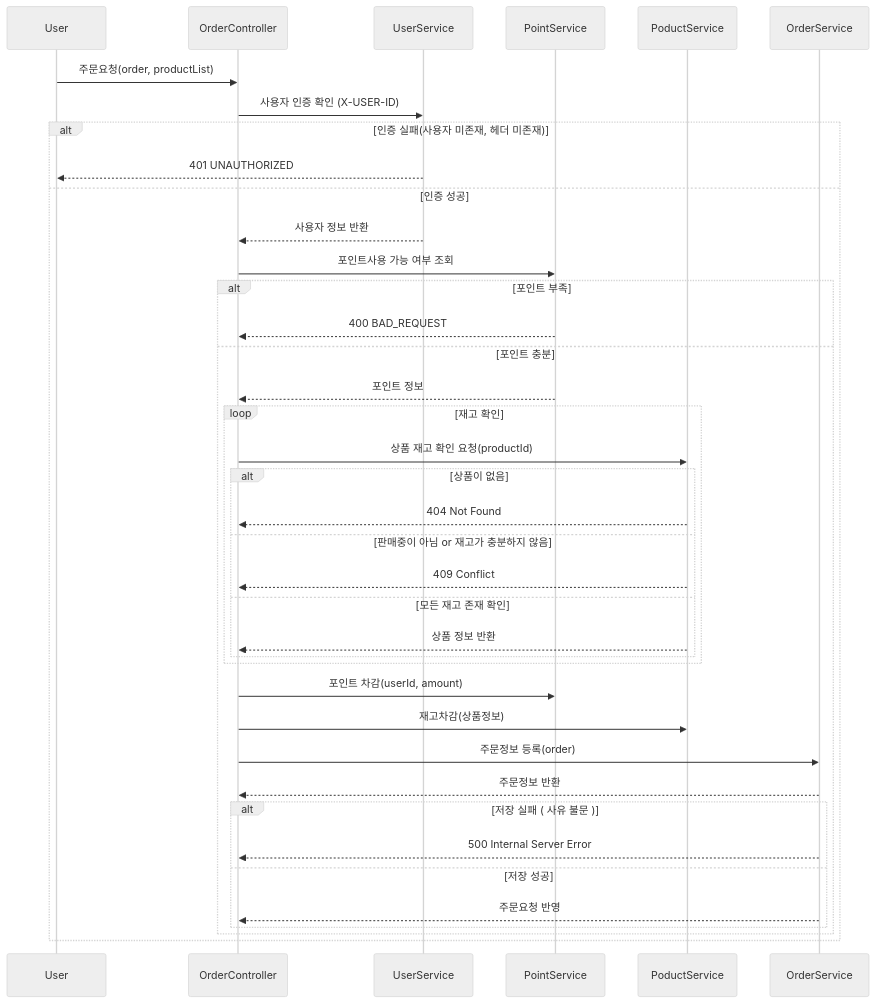
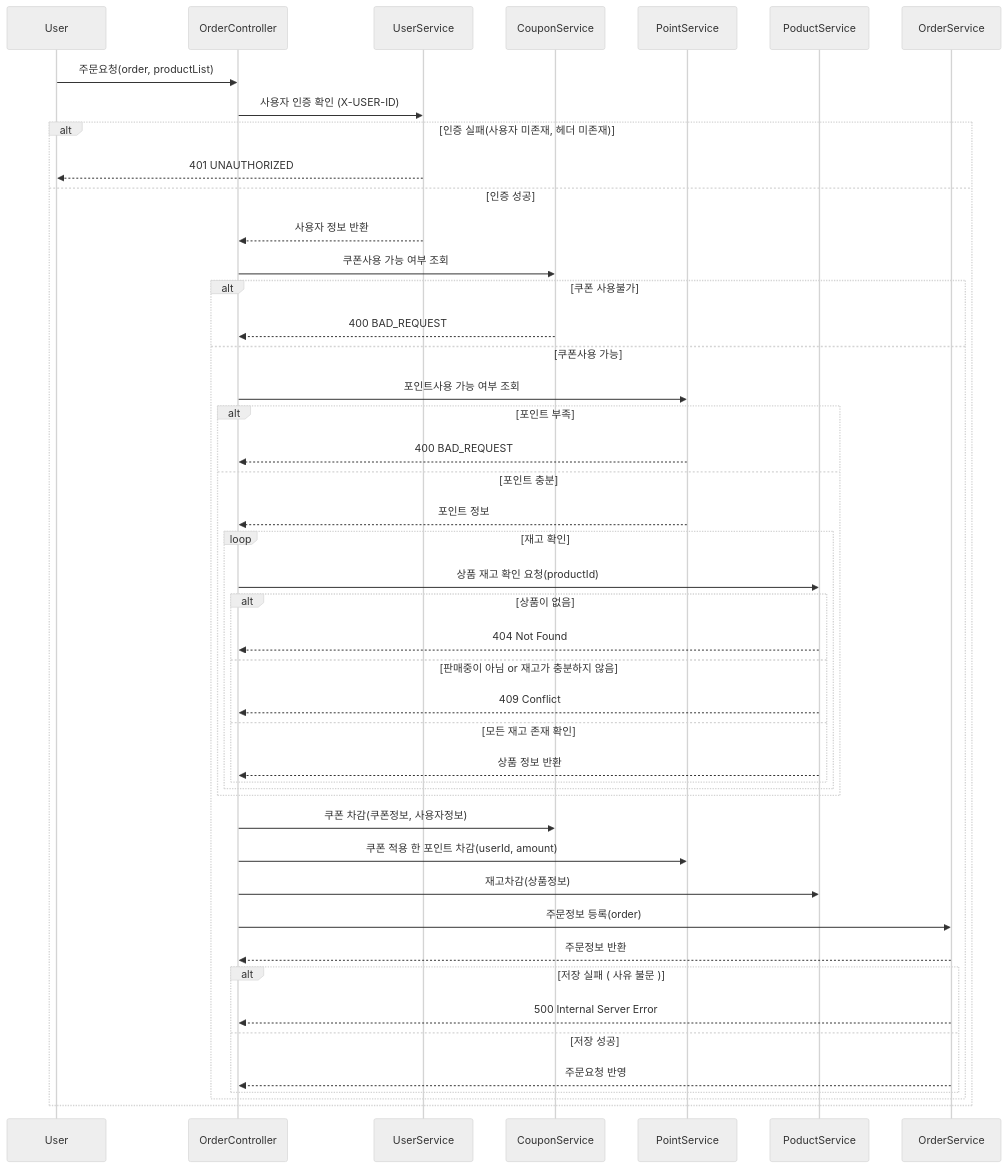
The first of 3 diagrams in docs/design/02-sequence-diagrams/Order.md (simbokyung98/loopers-ecommerce-system), drawn with Mermaid (neutral theme) before and after one commit. The commit also changed 9 other files, not shown here.

````diff
--- a/docs/design/02-sequence-diagrams/Order.md
+++ b/docs/design/02-sequence-diagrams/Order.md
@@ -2,43 +2,52 @@
 ```mermaid 
     sequenceDiagram
     participant User
     participant OC as OrderController
     participant US as UserService
+    participant CS as CouponService
     participant PS as PointService
     participant PTS as PoductService
     participant OS as OrderService
+    
   
     
     User->>OC: 주문요청(order, productList)   
     OC->>US : 사용자 인증 확인 (X-USER-ID)
     alt 인증 실패(사용자 미존재, 헤더 미존재)
         US-->>User: 401 UNAUTHORIZED
     else 인증 성공
         US-->>OC: 사용자 정보 반환
-        OC->>PS: 포인트사용 가능 여부 조회
-        alt 포인트 부족
-            PS-->>OC : 400 BAD_REQUEST
-        else 포인트 충분
-            PS-->>OC : 포인트 정보
-            loop 재고 확인
-            OC->> PTS: 상품 재고 확인 요청(productId)
-            alt 상품이 없음
-                PTS -->> OC: 404 Not Found
-            else 판매중이 아님 or 재고가 충분하지 않음
-                PTS -->> OC: 409 Conflict
-            else 모든 재고 존재 확인
-                PTS -->> OC: 상품 정보 반환
-            end
-            end
-                OC ->> PS : 포인트 차감(userId, amount)
+        OC ->> CS : 쿠폰사용 가능 여부 조회
+        alt 쿠폰 사용불가
+            CS-->>OC : 400 BAD_REQUEST
+        else 쿠폰사용 가능
+            OC->>PS: 포인트사용 가능 여부 조회
+            alt 포인트 부족
+                PS-->>OC : 400 BAD_REQUEST
+            else 포인트 충분
+                PS-->>OC : 포인트 정보
+                loop 재고 확인
+                OC->> PTS: 상품 재고 확인 요청(productId)
+                alt 상품이 없음
+                    PTS -->> OC: 404 Not Found
+                else 판매중이 아님 or 재고가 충분하지 않음
+                    PTS -->> OC: 409 Conflict
+                else 모든 재고 존재 확인
+                    PTS -->> OC: 상품 정보 반환
+                end
+                end
+                end
+                OC ->> CS : 쿠폰 차감(쿠폰정보, 사용자정보)
+                OC ->> PS : 쿠폰 적용 한 포인트 차감(userId, amount)
                 OC ->> PTS : 재고차감(상품정보)
                 OC ->> OS : 주문정보 등록(order)
                 OS -->> OC : 주문정보 반환
             alt 저장 실패 ( 사유 불문 )
                 OS -->> OC: 500 Internal Server Error
             else 저장 성공
                 OS -->> OC: 주문요청 반영
             end
+            
         end 
     end
 ```
````
